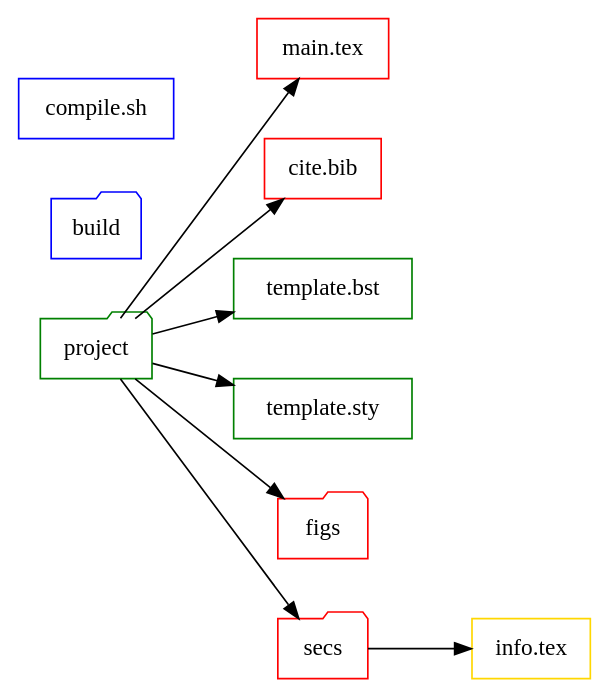
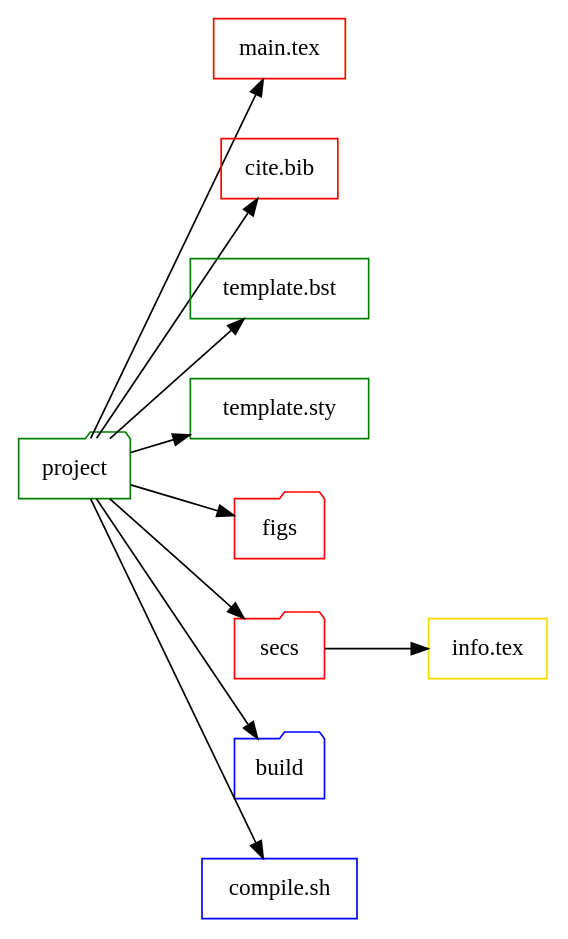
Before and after one commit to bwtian/texTemplate: the diagram in texTemplate.org, drawn with Graphviz. The commit also changed other lines of this file and 1 other file, not shown here.

Commit message:
- ‘.#texTemplate.org’ / ‘texTemplate.org’

```diff
--- a/texTemplate.org
+++ b/texTemplate.org
@@ -4,27 +4,27 @@
 #+BEGIN_SRC dot :file ./texTemplate.svg
   digraph {
   rankdir = LR
   fontname="Times";
   fontsize = 12;
   splines = false;
   ranksep = 0.5;
   nodesep = 0.5;
   node [shape = box]
   //1. set node
   proj [label = "project", color = green, shape="folder"]
   info [label = "info.tex", color = gold]
   main [label = "main.tex", color = red]
   bib [label = "cite.bib", color = red]
   bst [label = "template.bst", color = green]
   sty [label = "template.sty", color = green]
   fig [label = "figs", color=red, shape="folder"]
   sec [label = "secs", color=red, shape="folder"]
   build [label  = "build", color = blue, shape="folder"]
   gen [label = "compile.sh", color = blue]
   //2. set path
-  proj -> {fig sec main bib sty bst }
+  proj -> {fig sec main bib sty bst build gen}
   sec -> {info}
   //3. set rank
 
   }
 #+END_SRC
```
